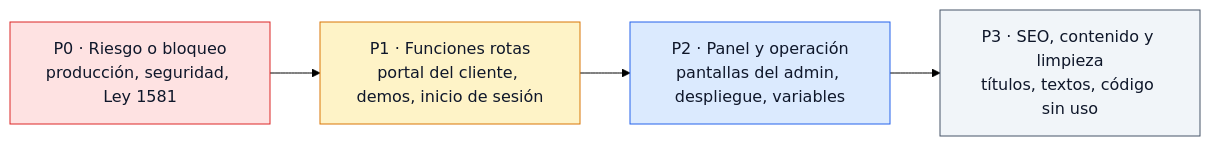
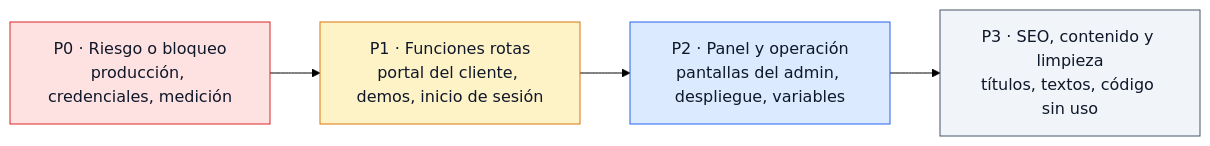
One commit to ronalc90/koptup changed the diagram in docs/wiki/16-Correcciones-Pendientes.md. Above: the diagram before and after it, drawn with Mermaid (forest theme). The commit also changed other lines of this file and 90 other files, not shown here.

````diff
--- a/docs/wiki/16-Correcciones-Pendientes.md
+++ b/docs/wiki/16-Correcciones-Pendientes.md
@@ -13,13 +13,13 @@
 ```mermaid
 flowchart LR
     classDef error fill:#fee2e2,stroke:#dc2626,color:#0f172a
     classDef decision fill:#fef3c7,stroke:#d97706,color:#0f172a
     classDef visitante fill:#dbeafe,stroke:#2563eb,color:#0f172a
     classDef sistema fill:#f1f5f9,stroke:#475569,color:#0f172a
 
-    P0["P0 · Riesgo o bloqueo<br/>producción, seguridad, Ley 1581"]:::error
+    P0["P0 · Riesgo o bloqueo<br/>producción, credenciales, medición"]:::error
     P1["P1 · Funciones rotas<br/>portal del cliente, demos, inicio de sesión"]:::decision
     P2["P2 · Panel y operación<br/>pantallas del admin, despliegue, variables"]:::visitante
     P3["P3 · SEO, contenido y limpieza<br/>títulos, textos, código sin uso"]:::sistema
     P0 --> P1 --> P2 --> P3
 ```
````
